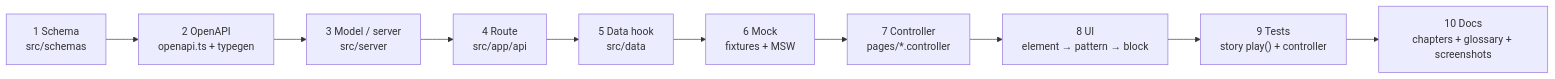
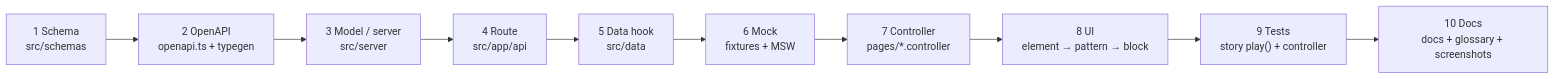
Before and after one commit to Abbas4tech/GhostMsg: the diagram in docs/agents/feature-recipes.md, drawn with Mermaid. The commit also changed other lines of this file and 73 other files, not shown here.

````diff
--- a/docs/agents/feature-recipes.md
+++ b/docs/agents/feature-recipes.md
@@ -5,12 +5,12 @@
 ```mermaid
 flowchart LR
     S["1 Schema<br/>src/schemas"] --> O["2 OpenAPI<br/>openapi.ts + typegen"]
     O --> M["3 Model / server<br/>src/server"]
     M --> R["4 Route<br/>src/app/api"]
     R --> D["5 Data hook<br/>src/data"]
     D --> K["6 Mock<br/>fixtures + MSW"]
     K --> C["7 Controller<br/>pages/*.controller"]
     C --> U["8 UI<br/>element → pattern → block"]
     U --> T["9 Tests<br/>story play() + controller"]
-    T --> DOC["10 Docs<br/>chapters + glossary + screenshots"]
+    T --> DOC["10 Docs<br/>docs + glossary + screenshots"]
 ```
````
